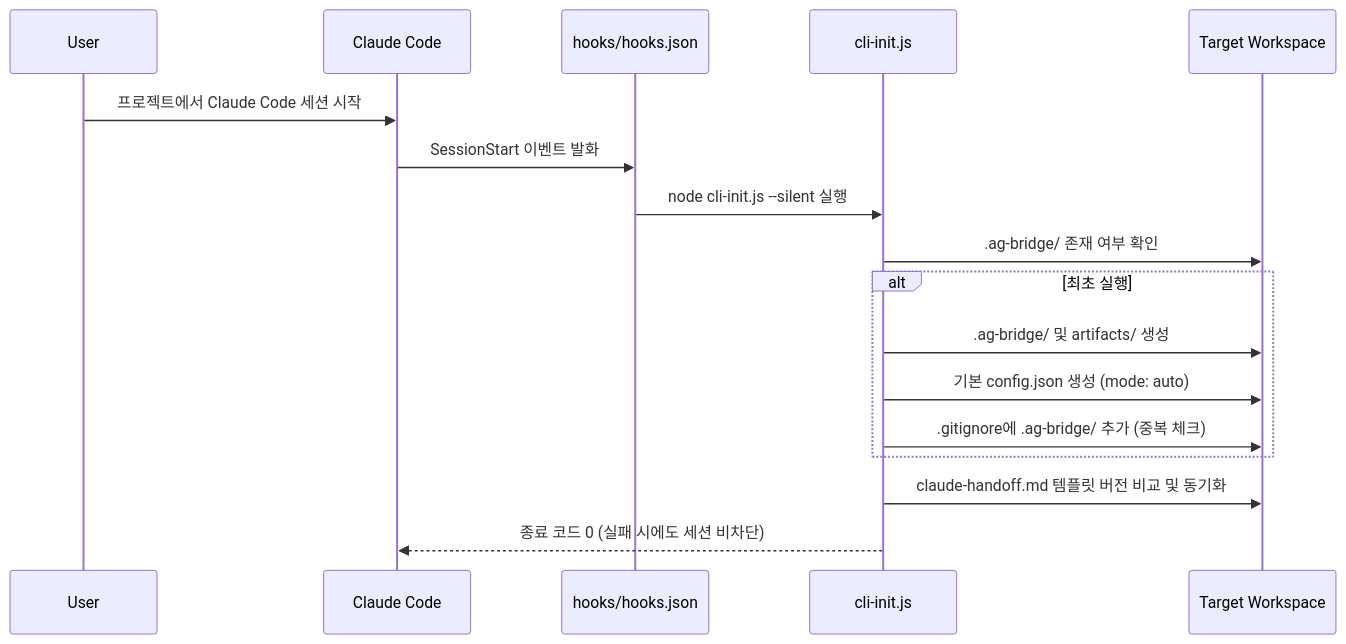
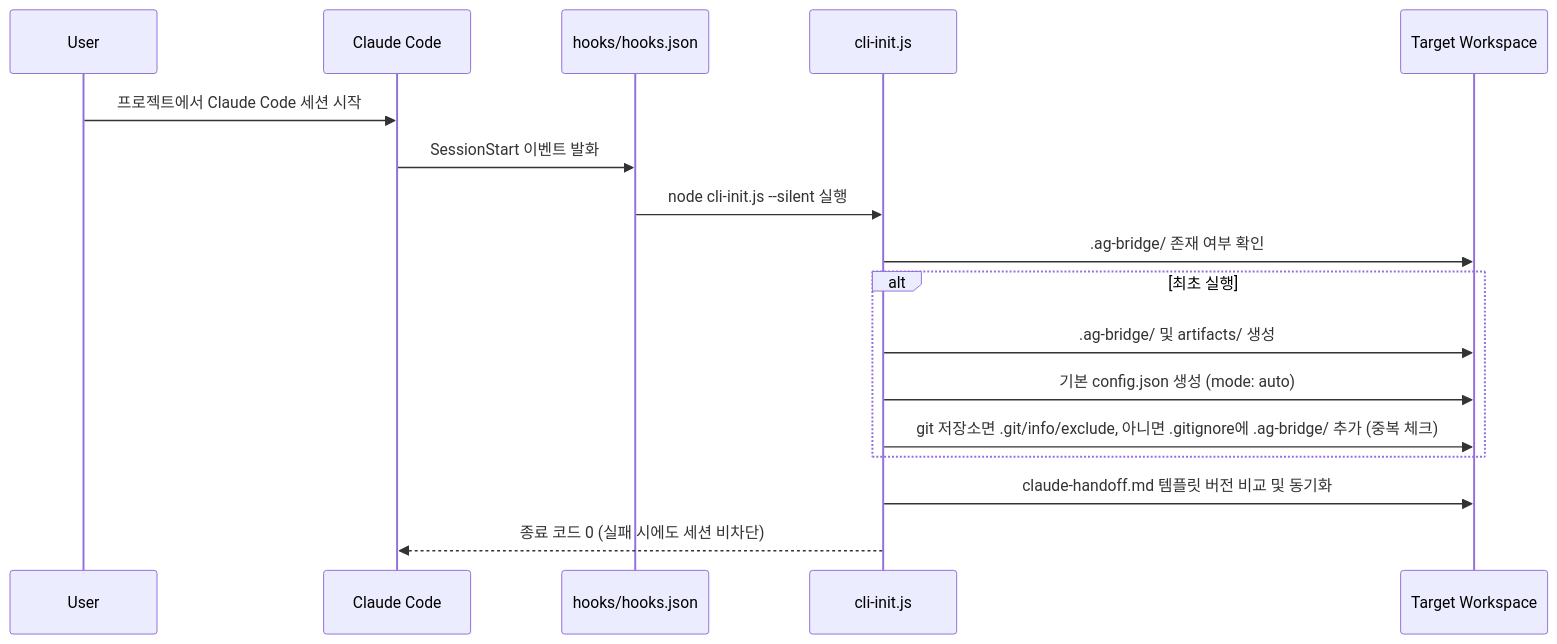
Before and after one commit to xzawed/claude-antigravity-plugin: the first of 2 diagrams in docs/01-planning/user-flows.md, drawn with Mermaid. The commit also changed other lines of this file and 26 other files, not shown here.

First line of the commit message:
fix(bridge): keep the bridge out of git via .git/info/exclude, run no program from the hook — v1.4.1 (#24)

````diff
--- a/docs/01-planning/user-flows.md
+++ b/docs/01-planning/user-flows.md
@@ -28,20 +28,20 @@
 ```mermaid
 sequenceDiagram
     participant U as User
     participant CC as Claude Code
     participant H as hooks/hooks.json
     participant Init as cli-init.js
     participant FS as Target Workspace
 
     U->>CC: 프로젝트에서 Claude Code 세션 시작
     CC->>H: SessionStart 이벤트 발화
     H->>Init: node cli-init.js --silent 실행
     Init->>FS: .ag-bridge/ 존재 여부 확인
     alt 최초 실행
         Init->>FS: .ag-bridge/ 및 artifacts/ 생성
         Init->>FS: 기본 config.json 생성 (mode: auto)
-        Init->>FS: .gitignore에 .ag-bridge/ 추가 (중복 체크)
+        Init->>FS: git 저장소면 .git/info/exclude, 아니면 .gitignore에 .ag-bridge/ 추가 (중복 체크)
     end
     Init->>FS: claude-handoff.md 템플릿 버전 비교 및 동기화
     Init-->>CC: 종료 코드 0 (실패 시에도 세션 비차단)
 ```
````
